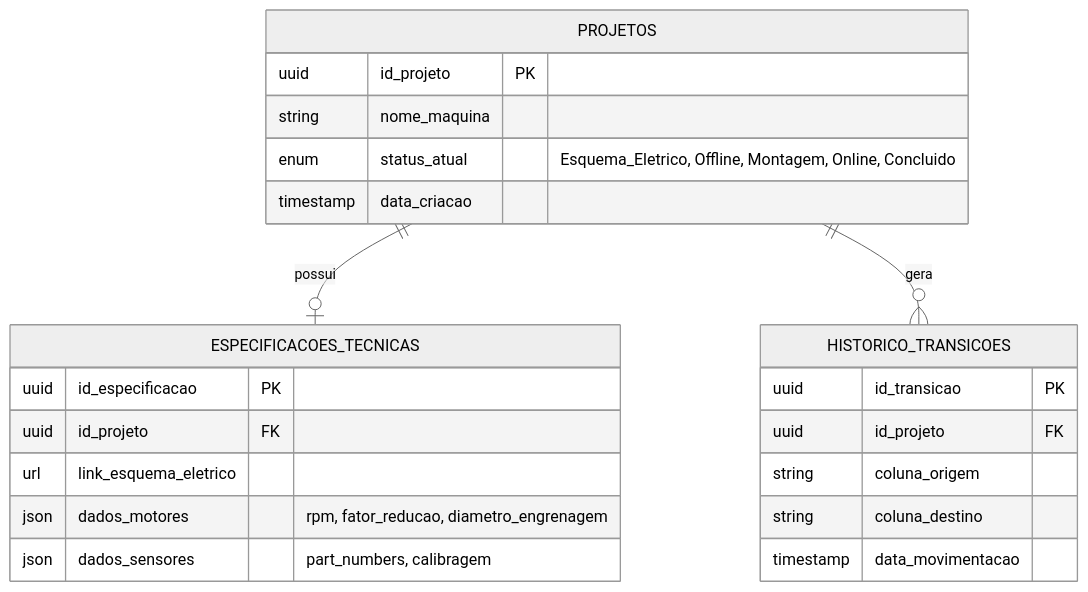
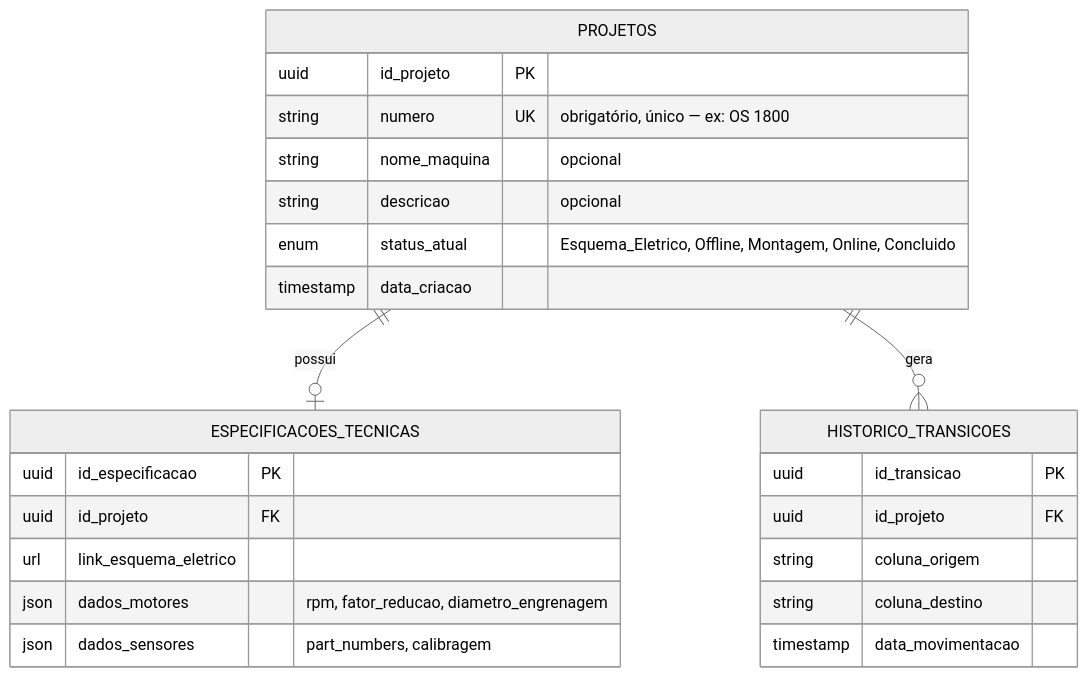
One commit to brunopmourao1/gestao-projetos changed the diagram in Docs/02-Tecnico/Modelo-Dados-ER.md. Above: the diagram before and after it, drawn with Mermaid (neutral theme). The commit also changed other lines of this file and 18 other files, not shown here.

First line of the commit message:
Add numero (OS) and descricao fields to Projeto; numero becomes the primary identifier

````diff
--- a/Docs/02-Tecnico/Modelo-Dados-ER.md
+++ b/Docs/02-Tecnico/Modelo-Dados-ER.md
@@ -6,28 +6,30 @@
 ```mermaid
 erDiagram
     PROJETOS ||--o| ESPECIFICACOES_TECNICAS : "possui"
     PROJETOS ||--o{ HISTORICO_TRANSICOES : "gera"
 
     PROJETOS {
         uuid id_projeto PK
-        string nome_maquina
+        string numero UK "obrigatório, único — ex: OS 1800"
+        string nome_maquina "opcional"
+        string descricao "opcional"
         enum status_atual "Esquema_Eletrico, Offline, Montagem, Online, Concluido"
         timestamp data_criacao
     }
 
     ESPECIFICACOES_TECNICAS {
         uuid id_especificacao PK
         uuid id_projeto FK
         url link_esquema_eletrico
         json dados_motores "rpm, fator_reducao, diametro_engrenagem"
         json dados_sensores "part_numbers, calibragem"
     }
 
     HISTORICO_TRANSICOES {
         uuid id_transicao PK
         uuid id_projeto FK
         string coluna_origem
         string coluna_destino
         timestamp data_movimentacao
     }
 ```
````
